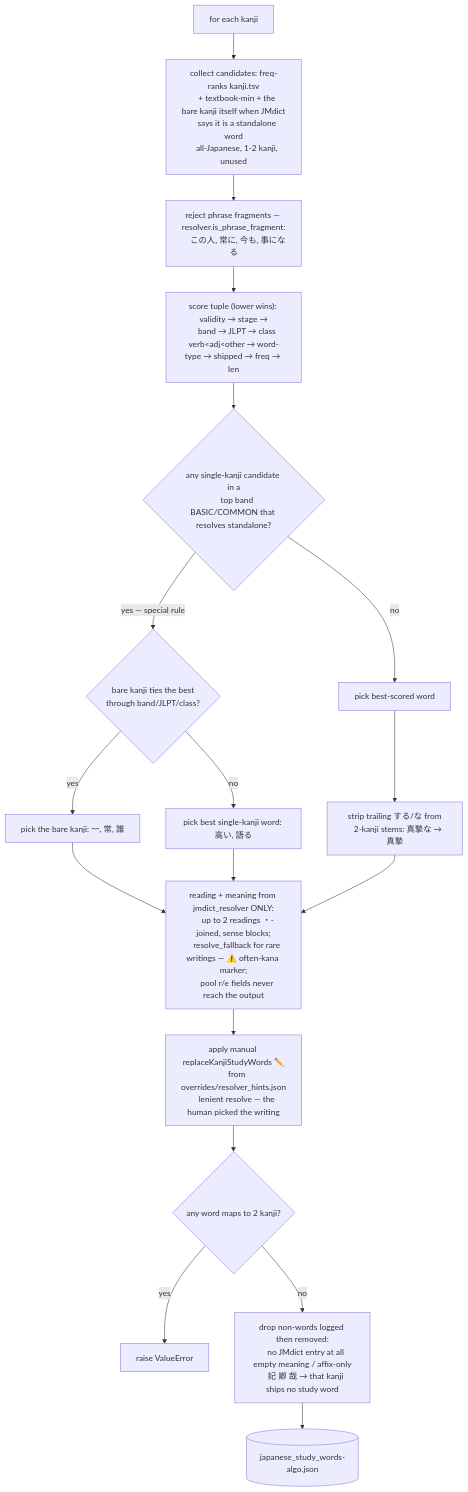
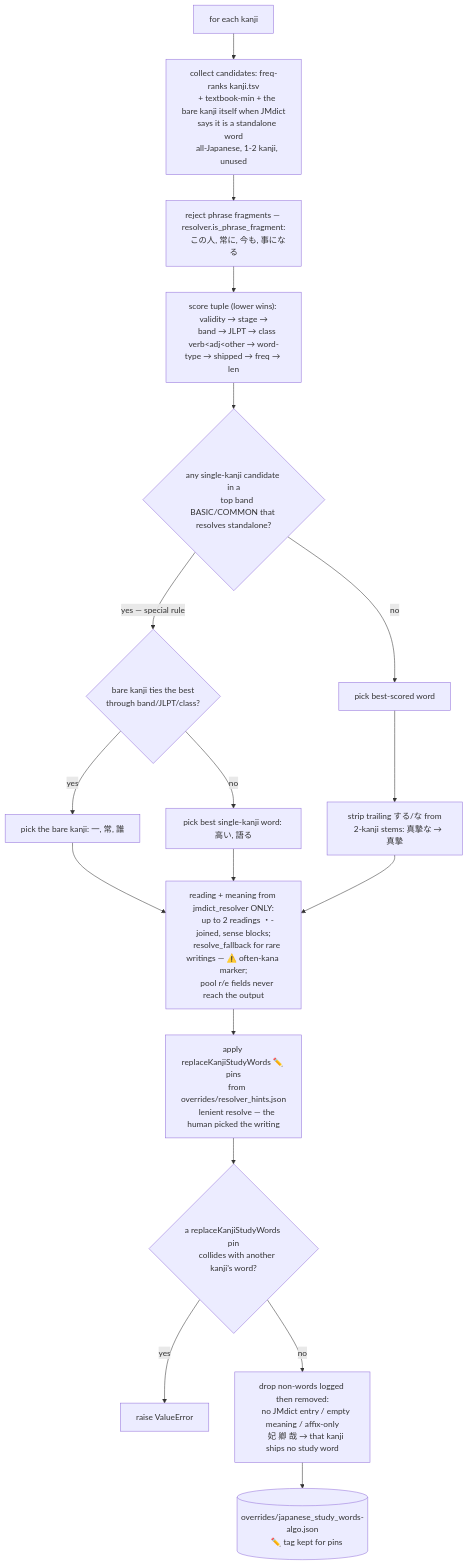
The fourth of 8 diagrams in notes/flowchart.md (PikaPikaGems/kanji-heatmap-data), drawn with Mermaid before and after one commit. The commit also changed other lines of this file, not shown here.

First line of the commit message:
Update flowchart.md to current pipeline

````diff
--- a/notes/flowchart.md
+++ b/notes/flowchart.md
@@ -187,35 +211,37 @@
 ```mermaid
 flowchart TD
     K[for each kanji] --> C[collect candidates: freq-ranks kanji.tsv
     + textbook-min + the bare kanji itself when JMdict
     says it is a standalone word
     all-Japanese, 1-2 kanji, unused]
     C --> F[reject phrase fragments — resolver.is_phrase_fragment:
     この人, 常に, 今も, 事になる]
     F --> SC["score tuple (lower wins): validity → stage →
     band → JLPT → class verb&lt;adj&lt;other → word-type → shipped → freq → len"]
     SC --> SR{any single-kanji candidate in a
     top band BASIC/COMMON that resolves standalone?}
     SR -- "yes — special rule" --> BT{bare kanji ties the best
     through band/JLPT/class?}
     BT -- yes --> PICKBARE[pick the bare kanji: 一, 常, 誰]
     BT -- no --> PICKONE[pick best single-kanji word: 高い, 語る]
     SR -- no --> PICK[pick best-scored word]
     PICK --> STRIP[strip trailing する/な from
     2-kanji stems: 真摯な → 真摯]
     PICKBARE --> RES
     PICKONE --> RES
     STRIP --> RES[reading + meaning from jmdict_resolver ONLY:
     up to 2 readings ・-joined, sense blocks;
     resolve_fallback for rare writings — ⚠️ often-kana marker;
     pool r/e fields never reach the output]
-    RES --> MAN[apply manual replaceKanjiStudyWords ✏️
+    RES --> MAN[apply replaceKanjiStudyWords ✏️ pins
     from overrides/resolver_hints.json
     lenient resolve — the human picked the writing]
-    MAN --> DUP{any word maps to 2 kanji?}
+    MAN --> DUP{a replaceKanjiStudyWords pin
+    collides with another kanji's word?}
     DUP -- yes --> ERR[raise ValueError]
     DUP -- no --> DROP[drop non-words logged then removed:
-    no JMdict entry at all empty meaning / affix-only
+    no JMdict entry / empty meaning / affix-only
     妃 卿 哉 → that kanji ships no study word]
-    DROP --> OUT[(japanese_study_words-algo.json)]
+    DROP --> OUT[(overrides/japanese_study_words-algo.json
+    ✏️ tag kept for pins)]
 ```
````
